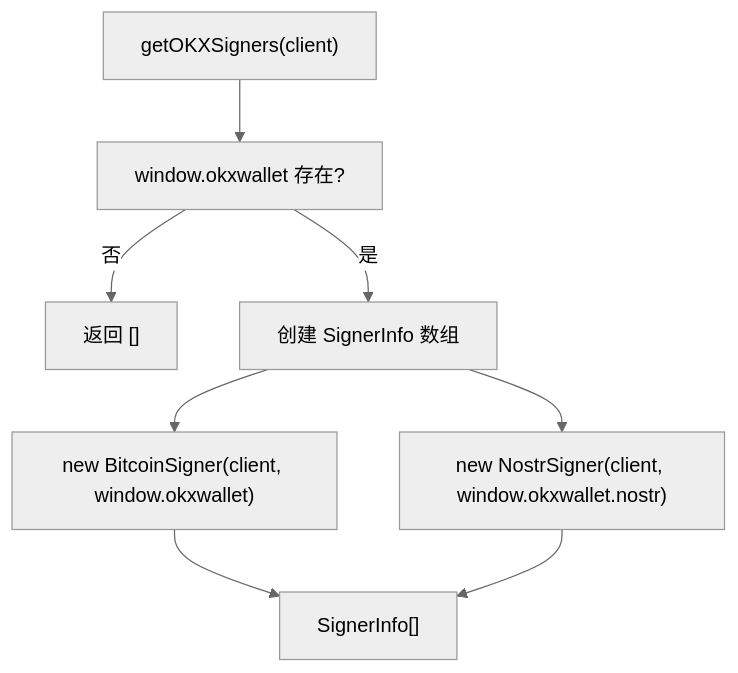
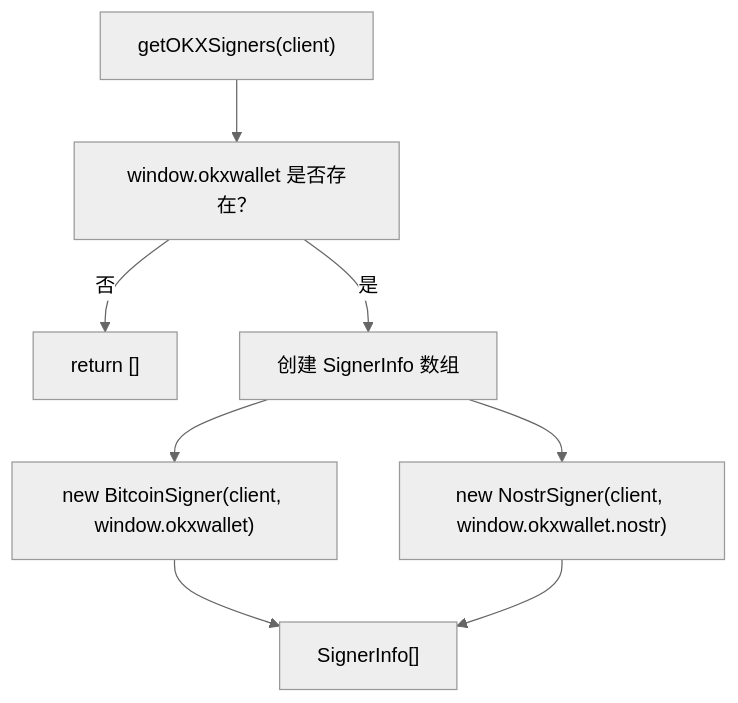
The second of 3 diagrams in packages/ccc-docs/content/docs/packages/wallet-integrations/okx.zh.mdx (ckb-devrel/ccc), drawn with Mermaid (neutral theme) before and after one commit. The commit also changed other lines of this file and 61 other files, not shown here.

````diff
--- a/packages/ccc-docs/content/docs/packages/wallet-integrations/okx.zh.mdx
+++ b/packages/ccc-docs/content/docs/packages/wallet-integrations/okx.zh.mdx
@@ -80,12 +78,12 @@
 ```mermaid
 graph TD
-    Start["getOKXSigners(client)"] --> Check["window.okxwallet 存在?"]
-    Check -->|否| Empty["返回 []"]
+    Start["getOKXSigners(client)"] --> Check["window.okxwallet 是否存在？"]
+    Check -->|否| Empty["return []"]
     Check -->|是| Create["创建 SignerInfo 数组"]
-    
+
     Create --> BTC["new BitcoinSigner(client, window.okxwallet)"]
     Create --> Nostr["new NostrSigner(client, window.okxwallet.nostr)"]
-    
+
     BTC --> Array["SignerInfo[]"]
     Nostr --> Array
 ```
````
